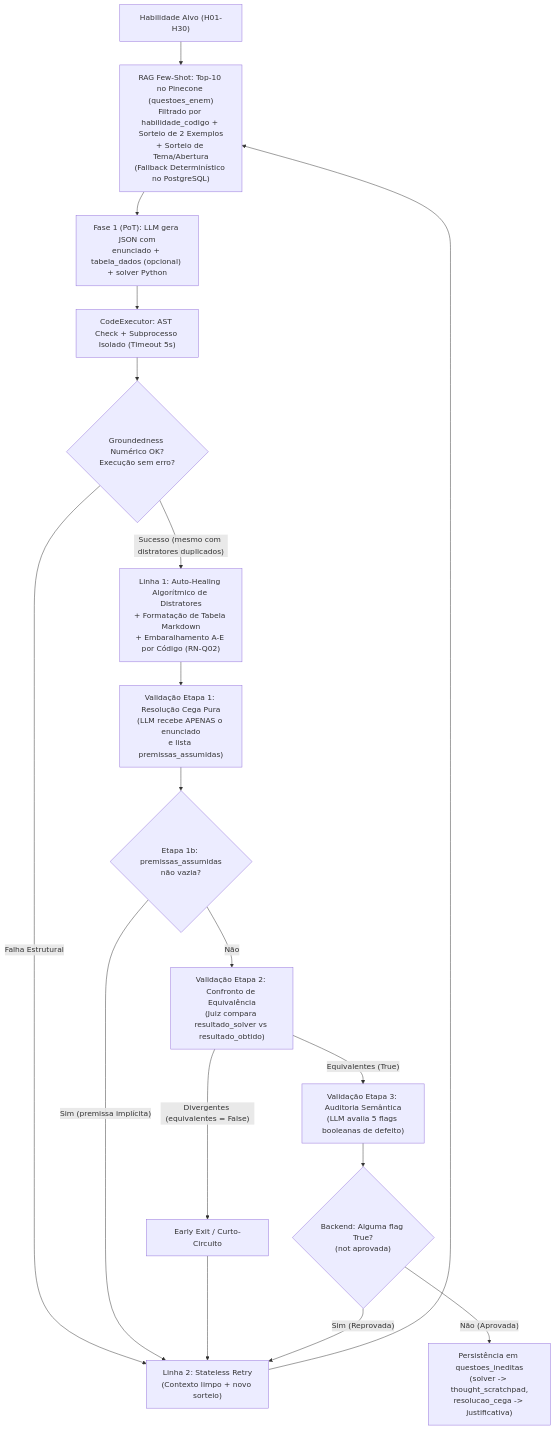
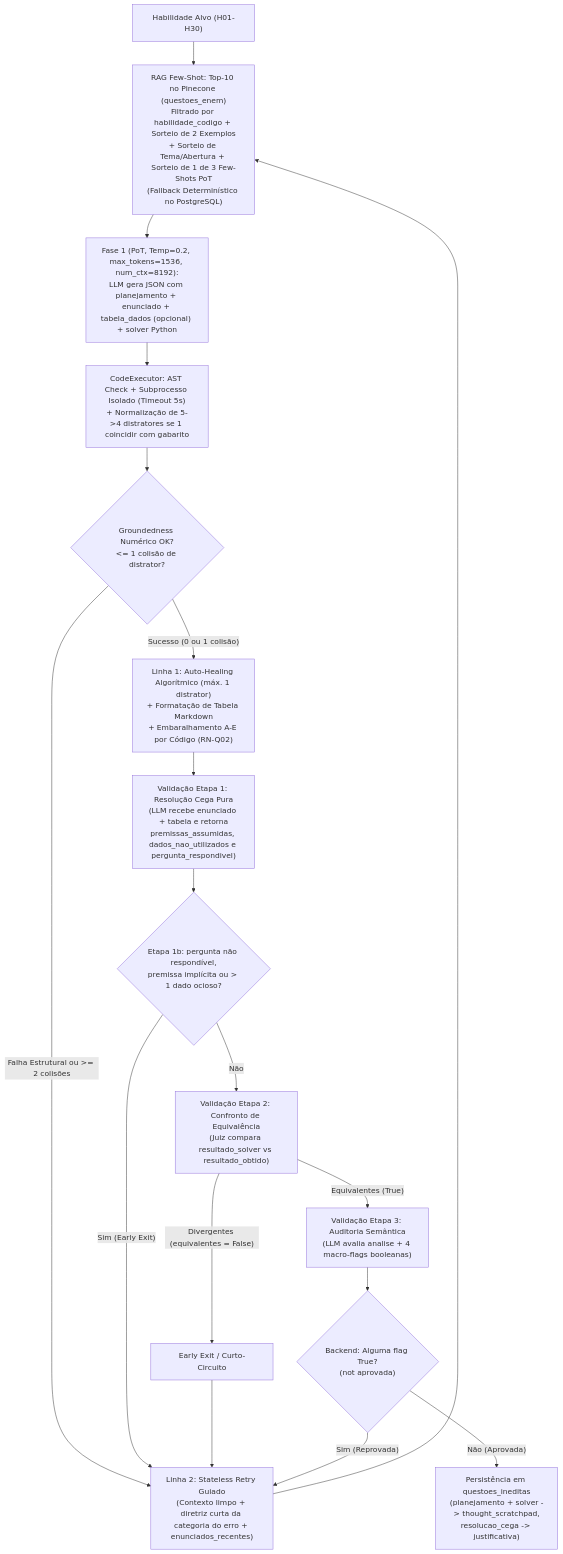
One commit to burnesz/vera changed the diagram in docs/02-dominios-e-fluxos/geracao-questoes-pot.md. Above: the diagram before and after it, drawn with Mermaid. The commit also changed other lines of this file and 8 other files, not shown here.

Commit message:
refactor: update DSR documentation, auto-healing limits, and multi-step question validation pipeline

````diff
--- a/docs/02-dominios-e-fluxos/geracao-questoes-pot.md
+++ b/docs/02-dominios-e-fluxos/geracao-questoes-pot.md
@@ -28,20 +28,20 @@
 ```mermaid
 flowchart TD
-    A["Habilidade Alvo (H01-H30)"] --> B["RAG Few-Shot: Top-10 no Pinecone (questoes_enem)\nFiltrado por habilidade_codigo + Sorteio de 2 Exemplos\n+ Sorteio de Tema/Abertura\n(Fallback Determinístico no PostgreSQL)"]
-    B --> C["Fase 1 (PoT): LLM gera JSON com\nenunciado + tabela_dados (opcional) + solver Python"]
-    C --> D["CodeExecutor: AST Check + Subprocesso Isolado (Timeout 5s)"]
-    D --> E{"Groundedness Numérico OK?\nExecução sem erro?"}
-    E -- "Falha Estrutural" --> F["Linha 2: Stateless Retry\n(Contexto limpo + novo sorteio)"]
+    A["Habilidade Alvo (H01-H30)"] --> B["RAG Few-Shot: Top-10 no Pinecone (questoes_enem)\nFiltrado por habilidade_codigo + Sorteio de 2 Exemplos\n+ Sorteio de Tema/Abertura + Sorteio de 1 de 3 Few-Shots PoT\n(Fallback Determinístico no PostgreSQL)"]
+    B --> C["Fase 1 (PoT, Temp=0.2, max_tokens=1536, num_ctx=8192):\nLLM gera JSON com planejamento + enunciado + tabela_dados (opcional) + solver Python"]
+    C --> D["CodeExecutor: AST Check + Subprocesso Isolado (Timeout 5s)\n+ Normalização de 5->4 distratores se 1 coincidir com gabarito"]
+    D --> E{"Groundedness Numérico OK?\n<= 1 colisão de distrator?"}
+    E -- "Falha Estrutural ou >= 2 colisões" --> F["Linha 2: Stateless Retry Guiado\n(Contexto limpo + diretriz curta da categoria do erro + enunciados_recentes)"]
     F --> B
-    E -- "Sucesso (mesmo com distratores duplicados)" --> G["Linha 1: Auto-Healing Algorítmico de Distratores\n+ Formatação de Tabela Markdown\n+ Embaralhamento A-E por Código (RN-Q02)"]
-    G --> H["Validação Etapa 1: Resolução Cega Pura\n(LLM recebe APENAS o enunciado\ne lista premissas_assumidas)"]
-    H --> H2{"Etapa 1b: premissas_assumidas\nnão vazia?"}
-    H2 -- "Sim (premissa implícita)" --> F
+    E -- "Sucesso (0 ou 1 colisão)" --> G["Linha 1: Auto-Healing Algorítmico (máx. 1 distrator)\n+ Formatação de Tabela Markdown\n+ Embaralhamento A-E por Código (RN-Q02)"]
+    G --> H["Validação Etapa 1: Resolução Cega Pura\n(LLM recebe enunciado + tabela e retorna\npremissas_assumidas, dados_nao_utilizados e pergunta_respondivel)"]
+    H --> H2{"Etapa 1b: pergunta não respondível,\npremissa implícita ou > 1 dado ocioso?"}
+    H2 -- "Sim (Early Exit)" --> F
     H2 -- "Não" --> I["Validação Etapa 2: Confronto de Equivalência\n(Juiz compara resultado_solver vs resultado_obtido)"]
     I -- "Divergentes (equivalentes = False)" --> J["Early Exit / Curto-Circuito"]
     J --> F
-    I -- "Equivalentes (True)" --> K["Validação Etapa 3: Auditoria Semântica\n(LLM avalia 5 flags booleanas de defeito)"]
+    I -- "Equivalentes (True)" --> K["Validação Etapa 3: Auditoria Semântica\n(LLM avalia analise + 4 macro-flags booleanas)"]
     K --> L{"Backend: Alguma flag True?\n(not aprovada)"}
     L -- "Sim (Reprovada)" --> F
-    L -- "Não (Aprovada)" --> M["Persistência em questoes_ineditas\n(solver -> thought_scratchpad,\nresolucao_cega -> justificativa)"]
+    L -- "Não (Aprovada)" --> M["Persistência em questoes_ineditas\n(planejamento + solver -> thought_scratchpad,\nresolucao_cega -> justificativa)"]
 ```
````
